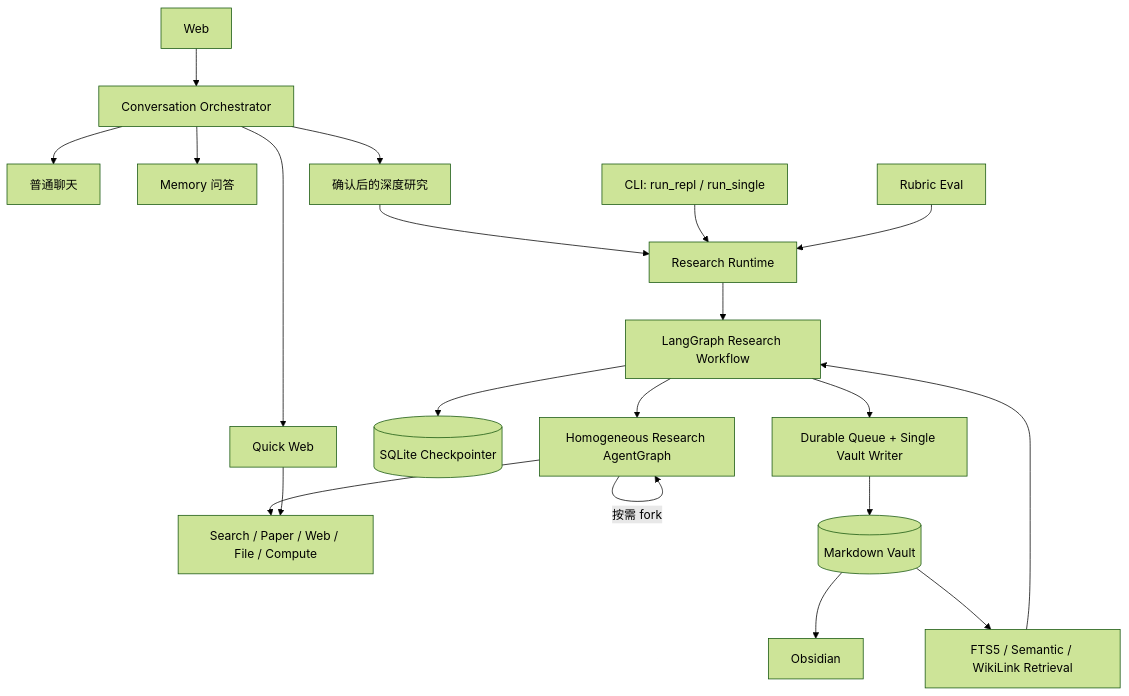
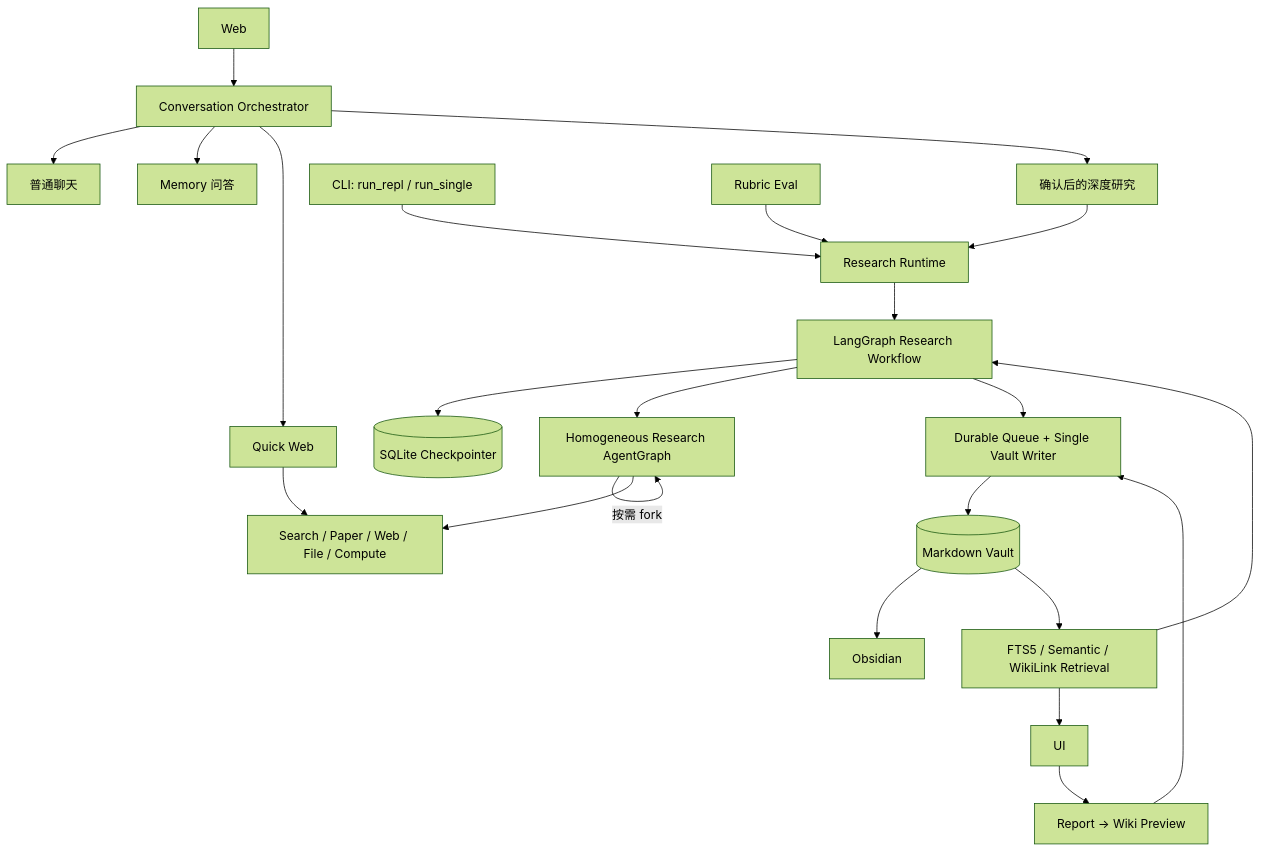
One commit to boluodaixue/paperpilot changed the second of 2 diagrams in README.md. Above: the diagram before and after it, drawn with Mermaid (forest theme). The commit also changed other lines of this file and 17 other files, not shown here.

````diff
--- a/README.md
+++ b/README.md
@@ -109,22 +127,25 @@
 ```mermaid
 flowchart TB
     WEB[Web] --> ORCH[Conversation Orchestrator]
     ORCH --> CHAT[普通聊天]
     ORCH --> MQA[Memory 问答]
     ORCH --> QUICK[Quick Web]
     ORCH --> PROPOSAL[确认后的深度研究]
     PROPOSAL --> RT[Research Runtime]
     CLI[CLI: run_repl / run_single] --> RT
     EVAL[Rubric Eval] --> RT
     RT --> WF[LangGraph Research Workflow]
     WF --> CP[(SQLite Checkpointer)]
     WF --> AG[Homogeneous Research AgentGraph]
     AG -->|按需 fork| AG
     AG --> TOOLS[Search / Paper / Web / File / Compute]
     QUICK --> TOOLS
     WF --> WRITER[Durable Queue + Single Vault Writer]
+    UI --> WIKI[Report → Wiki Preview]
+    WIKI --> WRITER
     WRITER --> VAULT[(Markdown Vault)]
     VAULT --> OBS[Obsidian]
     VAULT --> RETRIEVAL[FTS5 / Semantic / WikiLink Retrieval]
     RETRIEVAL --> WF
+    RETRIEVAL --> UI
 ```
````
